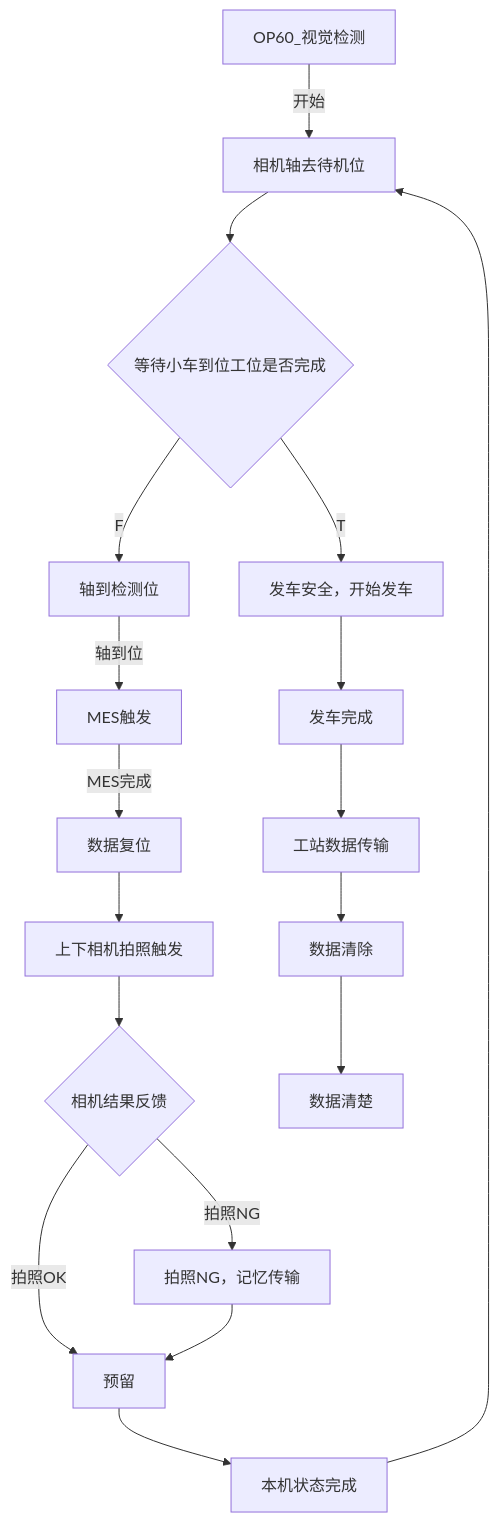
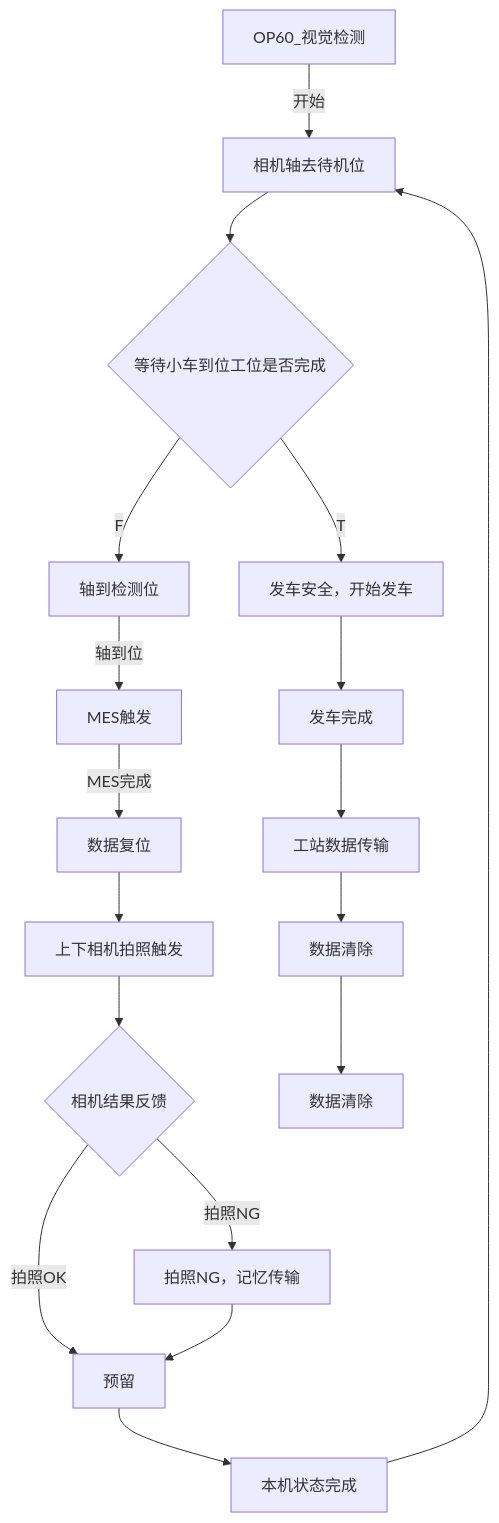
Before and after one commit to zmq000/iodraw-files: the diagram in all/OP60_视觉检测工位1-2.md, drawn with Mermaid.

Commit message:
2026-06-30 19:56:46 update

````diff
--- a/all/OP60_视觉检测工位1-2.md
+++ b/all/OP60_视觉检测工位1-2.md
@@ -1,21 +1,21 @@
 ```mermaid
 graph TD
    0[OP60_视觉检测]-->|开始|10
    10[相机轴去待机位]-->20
    20{等待小车到位工位是否完成}-->|F|100
    20-->|T|200
    100[轴到检测位]-->|轴到位|105
    105[MES触发]-->|MES完成|110
    110[数据复位]-->120
    120[上下相机拍照触发]-->130
    130{相机结果反馈}-->|拍照NG|140
    130-->|拍照OK|150
    140[拍照NG，记忆传输]-->150
    150[预留]-->160
    160[本机状态完成]-->10
    200[发车安全，开始发车]-->210
    210[发车完成]-->220
    220[工站数据传输]-->230
    230[数据清除]-->240
-   240[数据清楚]
+   240[数据清除]
 ```
````
